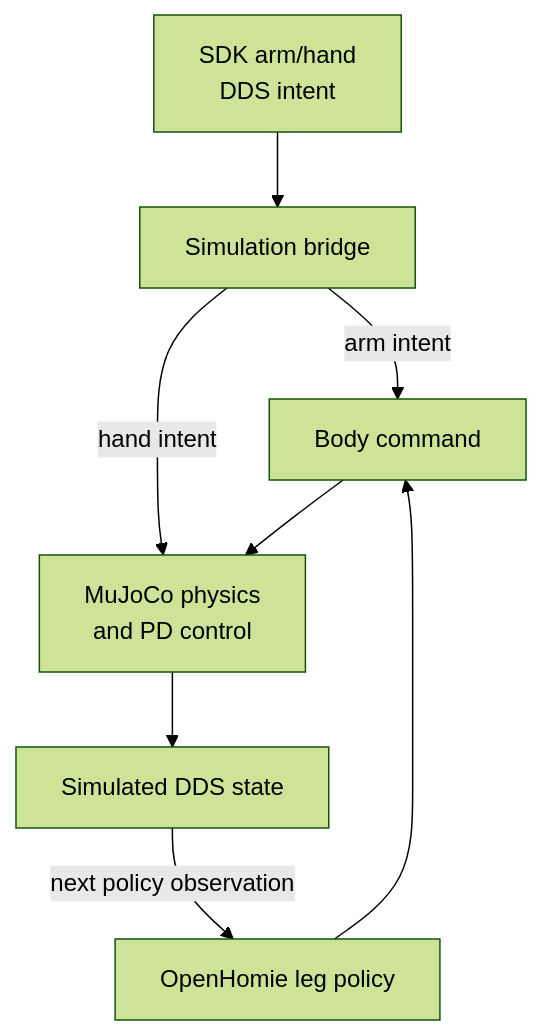
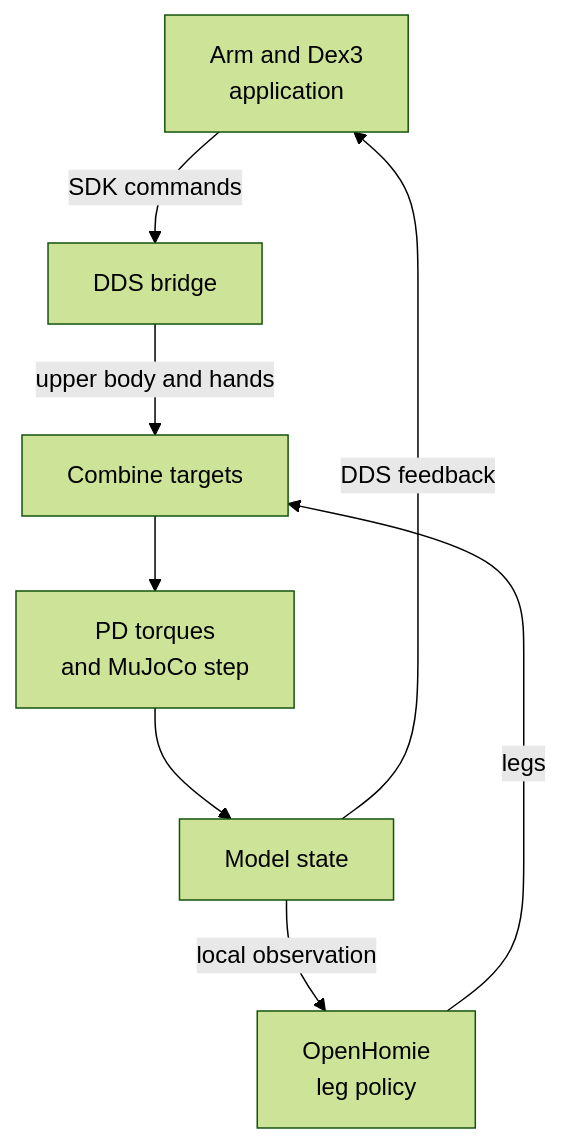
One commit to sri299792458/g1-research-docs changed the diagram in docs/simulation/mujoco.md. Above: the diagram before and after it, drawn with Mermaid (forest theme). The commit also changed other lines of this file and 11 other files, not shown here.

````diff
--- a/docs/simulation/mujoco.md
+++ b/docs/simulation/mujoco.md
@@ -5,12 +18,12 @@
 ```mermaid
 flowchart TB
-  accTitle: G1Pilot MuJoCo command and state paths
-  accDescr: DDS arm and hand commands reach the simulation bridge. Arm intent combines with OpenHomie leg commands in the body command, while hand intent reaches the hand controller. MuJoCo advances physics and the bridge publishes simulated state for the next policy observation.
-  D["SDK arm/hand<br/>DDS intent"] --> B["Simulation bridge"]
-  B -->|arm intent| C["Body command"]
-  P["OpenHomie leg policy"] --> C
-  B -->|hand intent| M["MuJoCo physics<br/>and PD control"]
-  C --> M
-  M --> S["Simulated DDS state"]
-  S -->|next policy observation| P
+  accTitle: MuJoCo command and feedback paths
+  accDescr: The arm and Dex3 application sends commands through a Unitree DDS bridge. The plant combines upper-body intent with OpenHomie leg targets and applies PD torques in MuJoCo. Model state feeds the policy locally and returns to the application through DDS.
+  A["Arm and Dex3<br/>application"] -->|SDK commands| B["DDS bridge"]
+  B -->|upper body and hands| C["Combine targets"]
+  P["OpenHomie<br/>leg policy"] -->|legs| C
+  C --> M["PD torques<br/>and MuJoCo step"]
+  M --> S["Model state"]
+  S -->|local observation| P
+  S -->|DDS feedback| A
 ```
````
